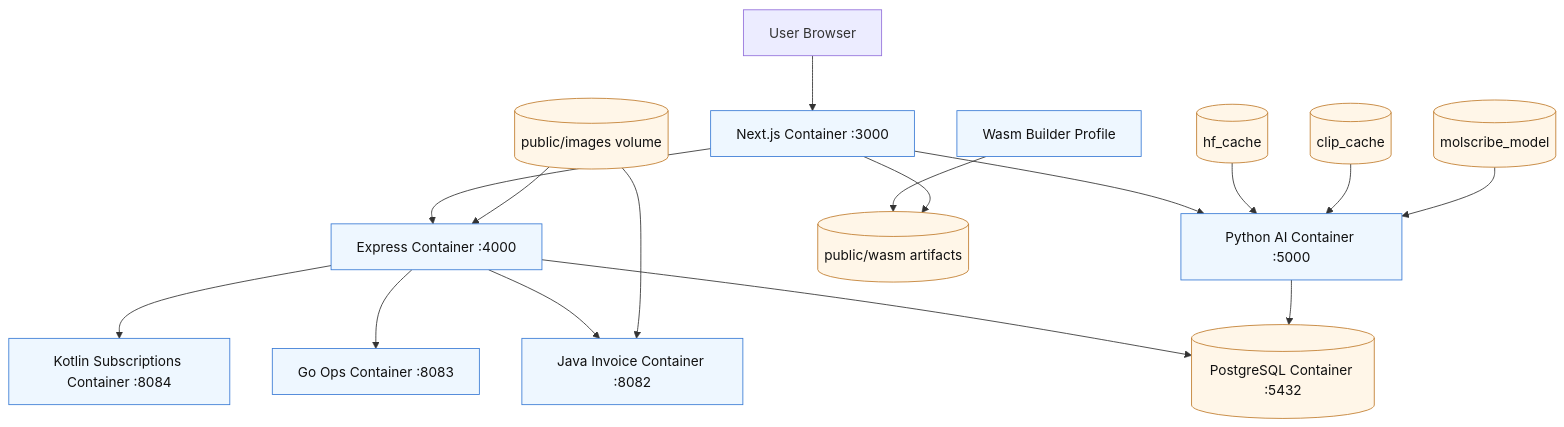
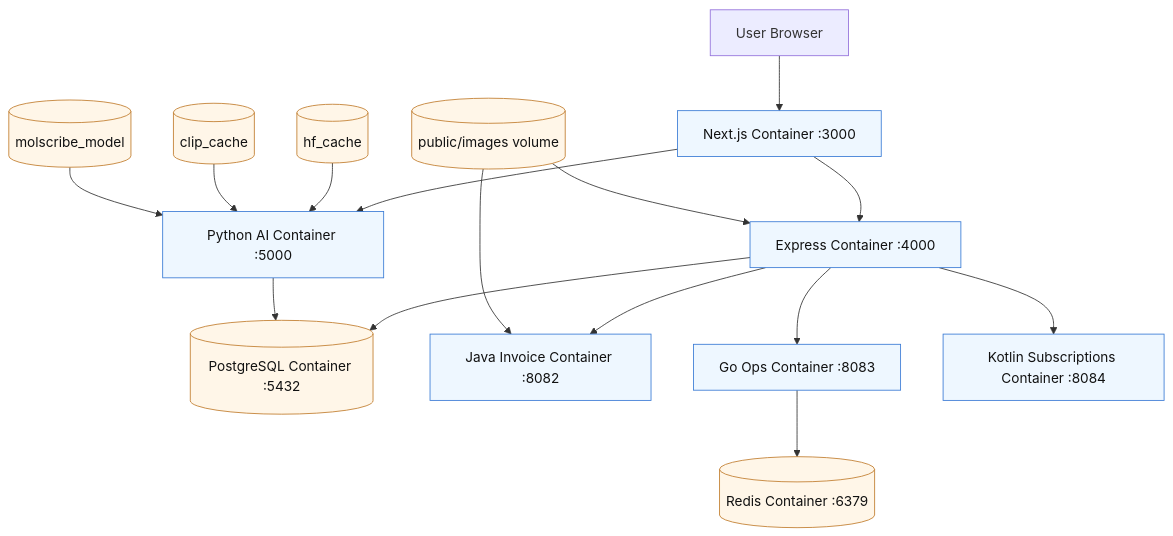
The diagram in docs/uml/full-app-deployment-diagram.mmd (DarkShadow1107/filspresso_next), drawn with Mermaid before and after one commit. The commit also changed 62 other files, not shown here.

```diff
--- a/docs/uml/full-app-deployment-diagram.mmd
+++ b/docs/uml/full-app-deployment-diagram.mmd
@@ -1,27 +1,25 @@
 flowchart TD
     UB[User Browser] --> FE[Next.js Container :3000]
     FE --> BE[Express Container :4000]
     FE --> AI[Python AI Container :5000]
 
     BE --> DB[(PostgreSQL Container :5432)]
     BE --> INV[Java Invoice Container :8082]
     BE --> OPS[Go Ops Container :8083]
     BE --> SUB[Kotlin Subscriptions Container :8084]
+    OPS --> REDIS[(Redis Container :6379)]
 
     AI --> DB
-
-    WB[Wasm Builder Profile] --> WASM[(public/wasm artifacts)]
-    FE --> WASM
 
     IMG[(public/images volume)] --> BE
     IMG --> INV
 
     HF[(hf_cache)] --> AI
     CLIP[(clip_cache)] --> AI
     MOL[(molscribe_model)] --> AI
 
     classDef app fill:#eef7ff,stroke:#3a7bd5,color:#111;
     classDef data fill:#fff6e8,stroke:#c17d2d,color:#111;
 
-    class FE,BE,AI,INV,OPS,SUB,WB app;
-    class DB,WASM,IMG,HF,CLIP,MOL data;
+    class FE,BE,AI,INV,OPS,SUB app;
+    class DB,REDIS,IMG,HF,CLIP,MOL data;
```
